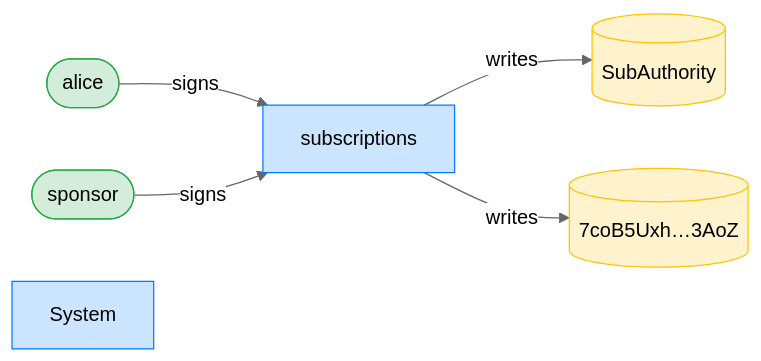
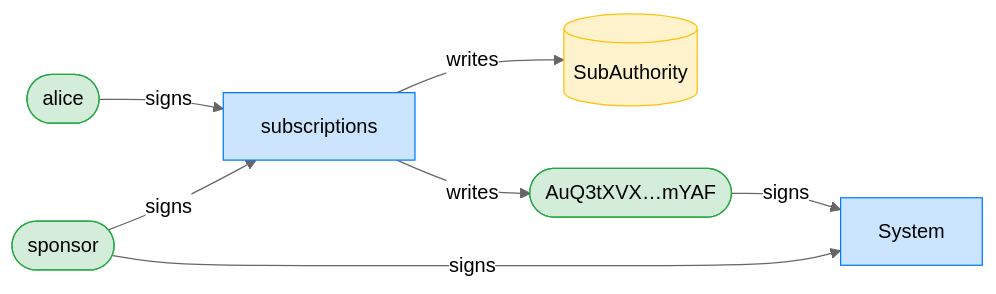
Before and after one commit to cds-rs/subscriptions: the seventh of 8 diagrams in dsl_tests/a-sponsor-cannot-revoke-a-no-expiry-delegation.md, drawn with Mermaid (neutral theme). The commit also changed other lines of this file and 224 other files, not shown here.

````diff
--- a/dsl_tests/a-sponsor-cannot-revoke-a-no-expiry-delegation.md
+++ b/dsl_tests/a-sponsor-cannot-revoke-a-no-expiry-delegation.md
@@ -131,16 +137,18 @@
 ```mermaid
 flowchart LR
     classDef signer fill:#d4edda,stroke:#28a745;
     classDef program fill:#cce5ff,stroke:#007bff;
     classDef writable fill:#fff3cd,stroke:#ffc107;
     subscriptions[subscriptions]:::program
     alice([alice]):::signer
     SubAuthority[(SubAuthority)]:::writable
-    7coB5Uxh_3AoZ[("7coB5Uxh…3AoZ")]:::writable
+    AuQ3tXVX_mYAF(["AuQ3tXVX…mYAF"]):::signer
     sponsor([sponsor]):::signer
     System[System]:::program
     alice -->|signs| subscriptions
     sponsor -->|signs| subscriptions
+    sponsor -->|signs| System
+    AuQ3tXVX_mYAF -->|signs| System
     subscriptions -->|writes| SubAuthority
-    subscriptions -->|writes| 7coB5Uxh_3AoZ
+    subscriptions -->|writes| AuQ3tXVX_mYAF
 ```
````
